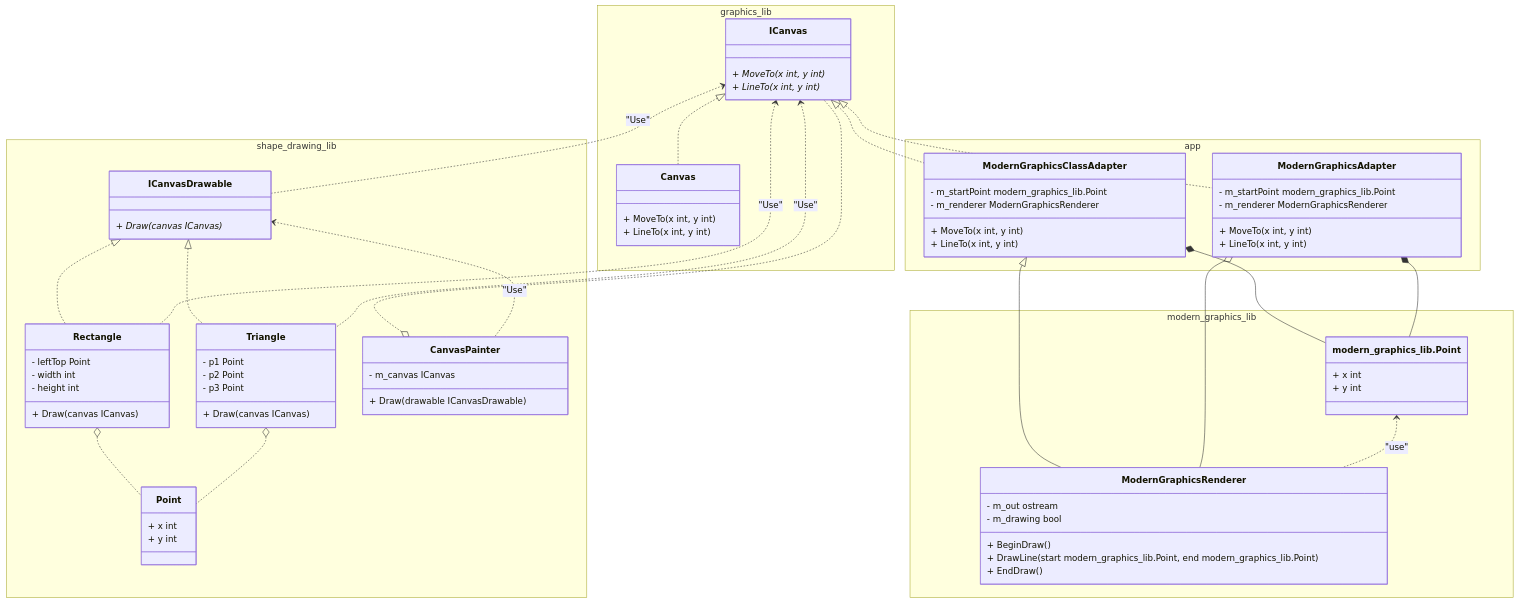
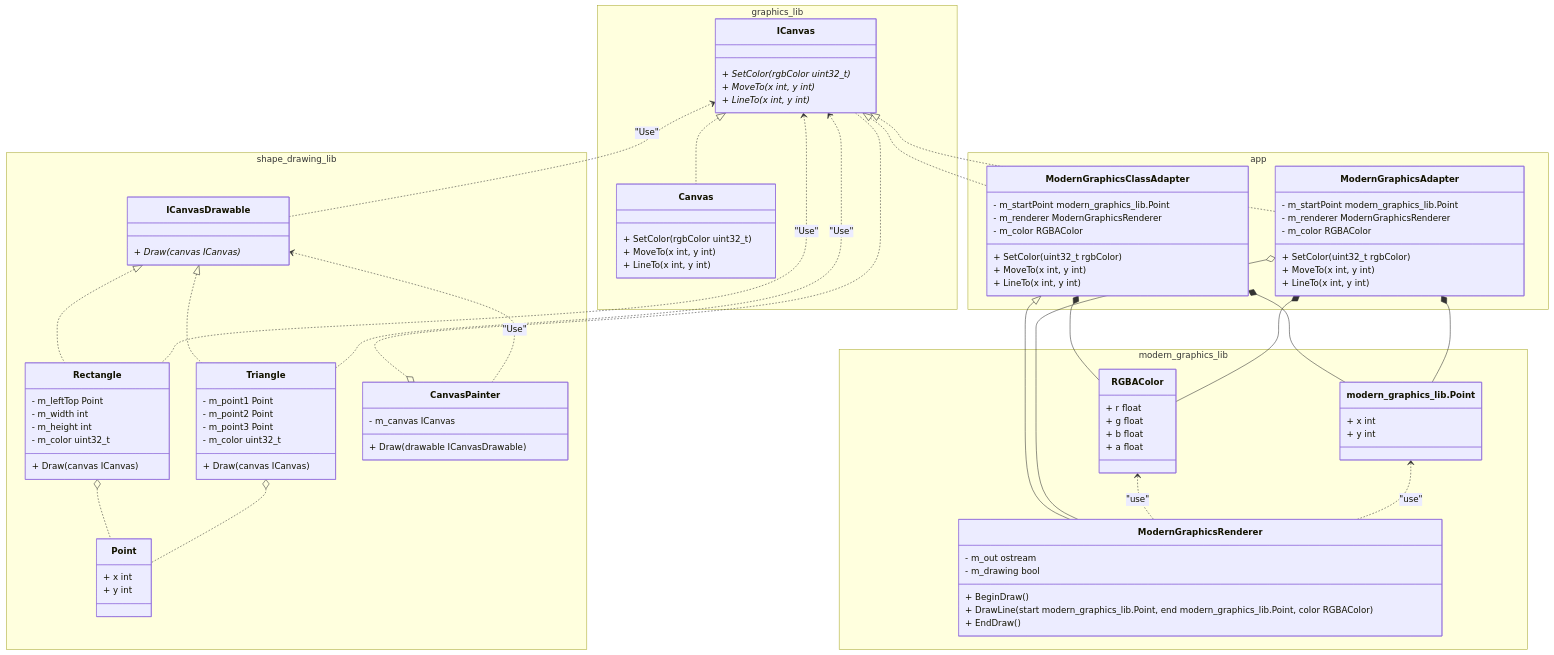
The third of 3 diagrams in lab6/docs.md (555Jeka555/OOD-labs), drawn with Mermaid before and after one commit.

Commit message:
Поправил диаграмму

````diff
--- a/lab6/docs.md
+++ b/lab6/docs.md
@@ -50,11 +50,13 @@
 
     namespace graphics_lib {
         class ICanvas {
+            + SetColor(rgbColor uint32_t)*
             + MoveTo(x int, y int)*
             + LineTo(x int, y int)*
         }
 
         class Canvas {
+            + SetColor(rgbColor uint32_t)
             + MoveTo(x int, y int)
             + LineTo(x int, y int)
         }
@@ -81,16 +83,18 @@
 
         class Triangle {
             + Draw(canvas ICanvas)
-            - p1 Point
-            - p2 Point
-            - p3 Point
+            - m_point1 Point
+            - m_point2 Point
+            - m_point3 Point
+            - m_color uint32_t
         }
 
         class Rectangle {
             + Draw(canvas ICanvas)
-            - leftTop Point
-            - width int
-            - height int
+            - m_leftTop Point
+            - m_width int
+            - m_height int
+            - m_color uint32_t
         }
 
         class CanvasPainter {
@@ -100,7 +104,15 @@
     }
 
     modern_graphics_lib.Point <.. ModernGraphicsRenderer : "use"
+    RGBAColor <.. ModernGraphicsRenderer : "use"
     namespace modern_graphics_lib {
+        class RGBAColor {
+            + r float
+            + g float
+            + b float
+            + a float
+        }
+
         class modern_graphics_lib.Point {
             + x int
             + y int
@@ -108,7 +120,7 @@
 
         class ModernGraphicsRenderer {
             + BeginDraw()
-            + DrawLine(start modern_graphics_lib.Point, end modern_graphics_lib.Point)
+            + DrawLine(start modern_graphics_lib.Point, end modern_graphics_lib.Point, color RGBAColor)
             + EndDraw()
             - m_out ostream
             - m_drawing bool
@@ -118,23 +130,29 @@
     ICanvas <|.. ModernGraphicsAdapter
     ModernGraphicsAdapter o-- ModernGraphicsRenderer
     ModernGraphicsAdapter *-- modern_graphics_lib.Point
+    ModernGraphicsAdapter *-- RGBAColor
 
     ICanvas <|.. ModernGraphicsClassAdapter
     ModernGraphicsClassAdapter <|-- ModernGraphicsRenderer
     ModernGraphicsClassAdapter *-- modern_graphics_lib.Point
+    ModernGraphicsClassAdapter *-- RGBAColor
     namespace app {
         class ModernGraphicsAdapter {
+            + SetColor(uint32_t rgbColor)
             + MoveTo(x int, y int)
             + LineTo(x int, y int)
             - m_startPoint modern_graphics_lib.Point
             - m_renderer ModernGraphicsRenderer
+            - m_color RGBAColor
         }
 
         class ModernGraphicsClassAdapter {
+            + SetColor(uint32_t rgbColor)
             + MoveTo(x int, y int)
             + LineTo(x int, y int)
             - m_startPoint modern_graphics_lib.Point
             - m_renderer ModernGraphicsRenderer
+            - m_color RGBAColor
         }
     }
 ```
````
